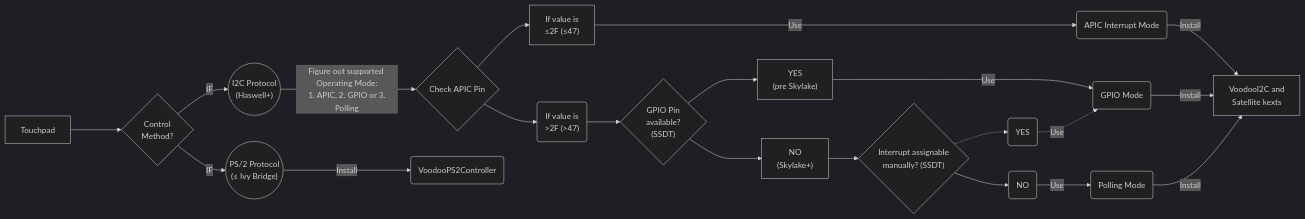
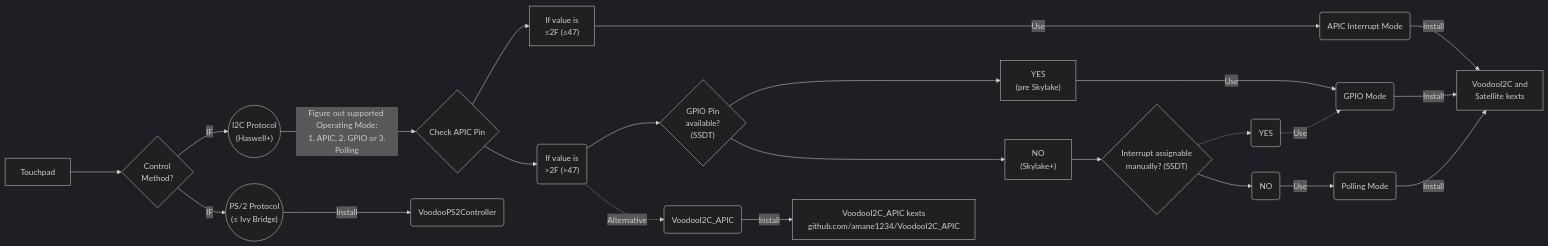
The diagram in Content/05_Laptop-specific_Patches/Trackpad_Patches/README.md (5T33Z0/OC-Little-Translated), drawn with Mermaid (dark theme) before and after one commit.

Commit message:
Add alternative installation path for VoodooI2C_APIC

````diff
--- a/Content/05_Laptop-specific_Patches/Trackpad_Patches/README.md
+++ b/Content/05_Laptop-specific_Patches/Trackpad_Patches/README.md
@@ -224,13 +224,14 @@
 ```mermaid
 graph LR
     A[Touchpad] ---> B{"Control</br> Method?"}
     B -->|IF| C(("I2C Protocol</br>(Haswell+)"))
     B -->|IF| G(("PS/2 Protocol</br>(≤ Ivy Bridge)"))
     C --> |"Figure out supported Operating Mode:</br> 1. APIC, 2. GPIO or 3. Polling"|J{Check APIC Pin}
     J --> K["If value is </br>≤2F (≤47)"]------->|Use| D(APIC Interrupt Mode)-->|Install|L[VoodooI2C and </br>Satellite kexts]
     J --> M("If value is</br> >2F (>47)")-->O{"GPIO Pin </br>available? </br>(SSDT)"}
+    M -.->|Alternative| V(VoodooI2C_APIC)-->|Install|W["VoodooI2C_APIC kexts</br>github.com/amane1234/VoodooI2C_APIC"]
     O --> P["YES</br>(pre Skylake)"]---->|Use|R(GPIO Mode)-->|Install|L
     O ---> Q["NO </br>(Skylake+)"]--> N{"Interrupt assignable</br> manually? (SSDT)"}-.->F(YES)-.->|Use|R
     N-->S(NO)-->|Use|T(Polling Mode)-->|Install|L
     G --> |Install|H(VoodooPS2Controller)
 ```    
````
